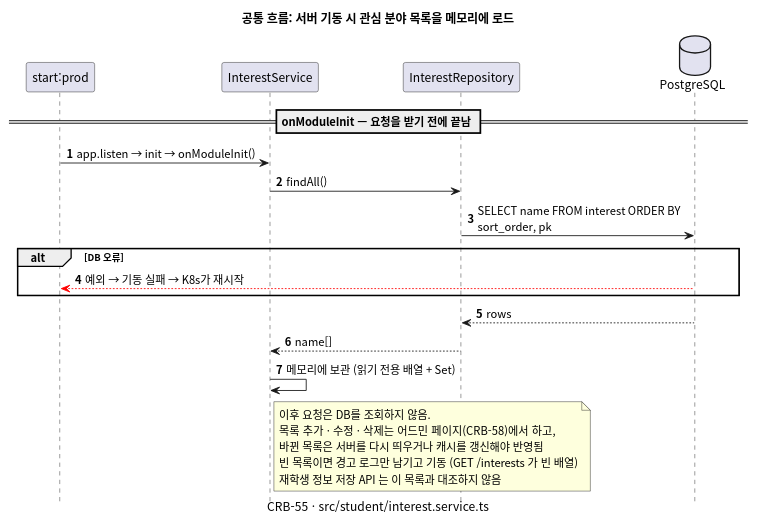
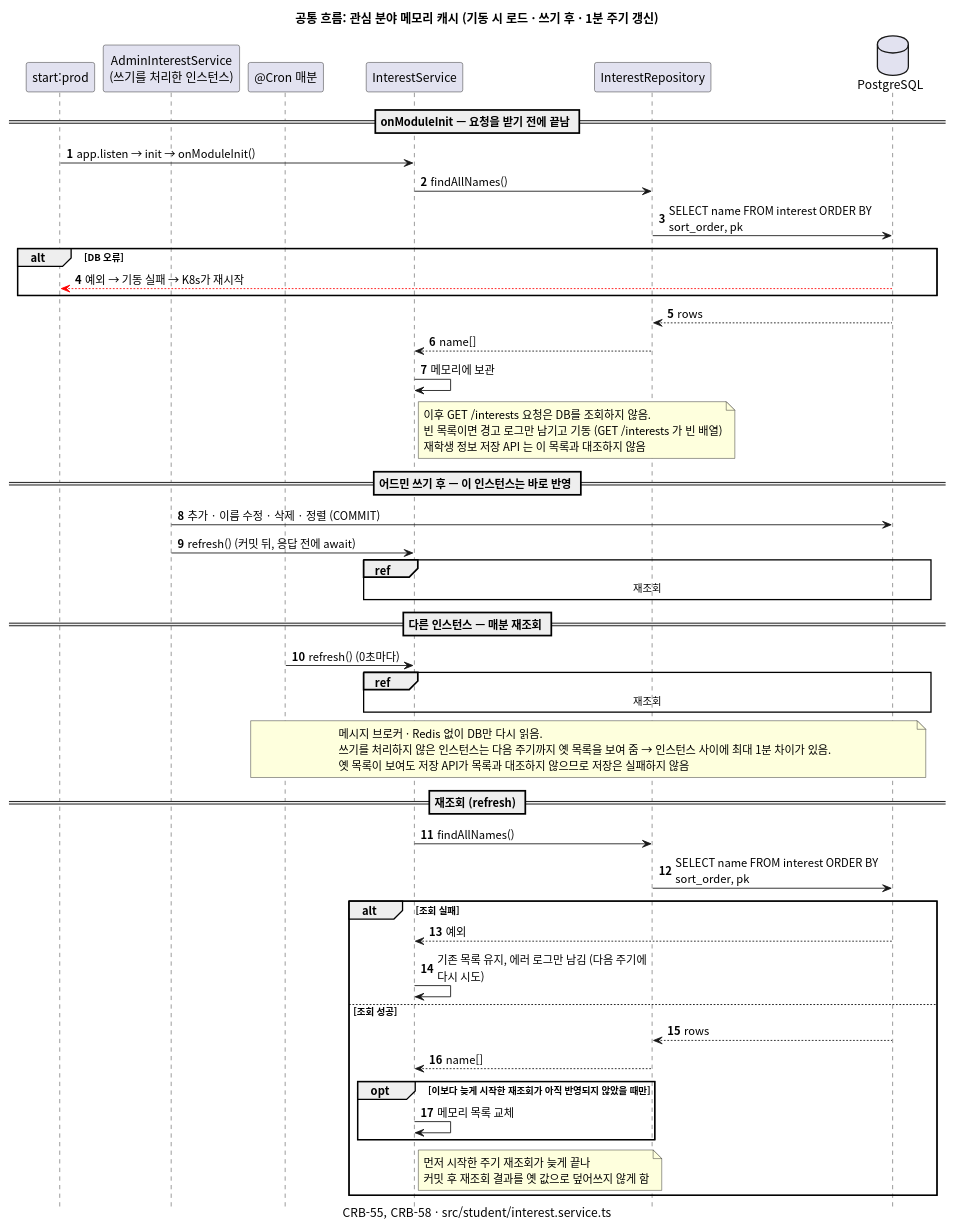
Before and after one commit to gsainfoteam/cheers-be: the diagram in docs/sequence/flow/interest-cache-bootstrap.puml, drawn with PlantUML. The commit also changed 11 other files, not shown here.

Commit message:
- docs: add interest admin sequence diagrams and cache refresh flow (CRB-58)

```diff
--- a/docs/sequence/flow/interest-cache-bootstrap.puml
+++ b/docs/sequence/flow/interest-cache-bootstrap.puml
@@ -1,38 +1,70 @@
 @startuml interest-cache-bootstrap
 skinparam defaultFontName "Apple SD Gothic Neo", "Noto Sans CJK KR", sans-serif
 skinparam responseMessageBelowArrow true
 skinparam sequenceMessageAlign left
 skinparam maxMessageSize 260
 skinparam BoxPadding 8
 skinparam shadowing false
 autonumber
 hide footbox
 
-title 공통 흐름: 서버 기동 시 관심 분야 목록을 메모리에 로드
-caption CRB-55 · src/student/interest.service.ts
+title 공통 흐름: 관심 분야 메모리 캐시 (기동 시 로드 · 쓰기 후 · 1분 주기 갱신)
+caption CRB-55, CRB-58 · src/student/interest.service.ts
 
 participant "start:prod" as Entrypoint
+participant "AdminInterestService\n(쓰기를 처리한 인스턴스)" as AdminInterestService
+participant "@Cron 매분" as Cron
 participant "InterestService" as InterestService
 participant "InterestRepository" as InterestRepository
 database PostgreSQL
 
 == onModuleInit — 요청을 받기 전에 끝남 ==
 
 Entrypoint -> InterestService: app.listen → init → onModuleInit()
-InterestService -> InterestRepository: findAll()
+InterestService -> InterestRepository: findAllNames()
 InterestRepository -> PostgreSQL: SELECT name FROM interest ORDER BY sort_order, pk
 alt DB 오류
   PostgreSQL -[#red]-> Entrypoint: 예외 → 기동 실패 → K8s가 재시작
 end
 PostgreSQL --> InterestRepository: rows
 InterestRepository --> InterestService: name[]
-InterestService -> InterestService: 메모리에 보관 (읽기 전용 배열 + Set)
+InterestService -> InterestService: 메모리에 보관
 note right of InterestService
-  이후 요청은 DB를 조회하지 않음.
-  목록 추가 · 수정 · 삭제는 어드민 페이지(CRB-58)에서 하고,
-  바뀐 목록은 서버를 다시 띄우거나 캐시를 갱신해야 반영됨
+  이후 GET /interests 요청은 DB를 조회하지 않음.
   빈 목록이면 경고 로그만 남기고 기동 (GET /interests 가 빈 배열)
   재학생 정보 저장 API 는 이 목록과 대조하지 않음
 end note
 
+== 어드민 쓰기 후 — 이 인스턴스는 바로 반영 ==
+
+AdminInterestService -> PostgreSQL: 추가 · 이름 수정 · 삭제 · 정렬 (COMMIT)
+AdminInterestService -> InterestService: refresh() (커밋 뒤, 응답 전에 await)
+ref over InterestService, PostgreSQL: 재조회
+
+== 다른 인스턴스 — 매분 재조회 ==
+
+Cron -> InterestService: refresh() (0초마다)
+ref over InterestService, PostgreSQL: 재조회
+note over Cron, PostgreSQL
+  메시지 브로커 · Redis 없이 DB만 다시 읽음.
+  쓰기를 처리하지 않은 인스턴스는 다음 주기까지 옛 목록을 보여 줌 → 인스턴스 사이에 최대 1분 차이가 있음.
+  옛 목록이 보여도 저장 API가 목록과 대조하지 않으므로 저장은 실패하지 않음
+end note
+
+== 재조회 (refresh) ==
+
+InterestService -> InterestRepository: findAllNames()
+InterestRepository -> PostgreSQL: SELECT name FROM interest ORDER BY sort_order, pk
+alt 조회 실패
+  PostgreSQL --> InterestService: 예외
+  InterestService -> InterestService: 기존 목록 유지, 에러 로그만 남김 (다음 주기에 다시 시도)
+else 조회 성공
+  PostgreSQL --> InterestRepository: rows
+  InterestRepository --> InterestService: name[]
+  opt 이보다 늦게 시작한 재조회가 아직 반영되지 않았을 때만
+    InterestService -> InterestService: 메모리 목록 교체
+  end
+  note right of InterestService: 먼저 시작한 주기 재조회가 늦게 끝나\n커밋 후 재조회 결과를 옛 값으로 덮어쓰지 않게 함
+end
+
 @enduml
```
